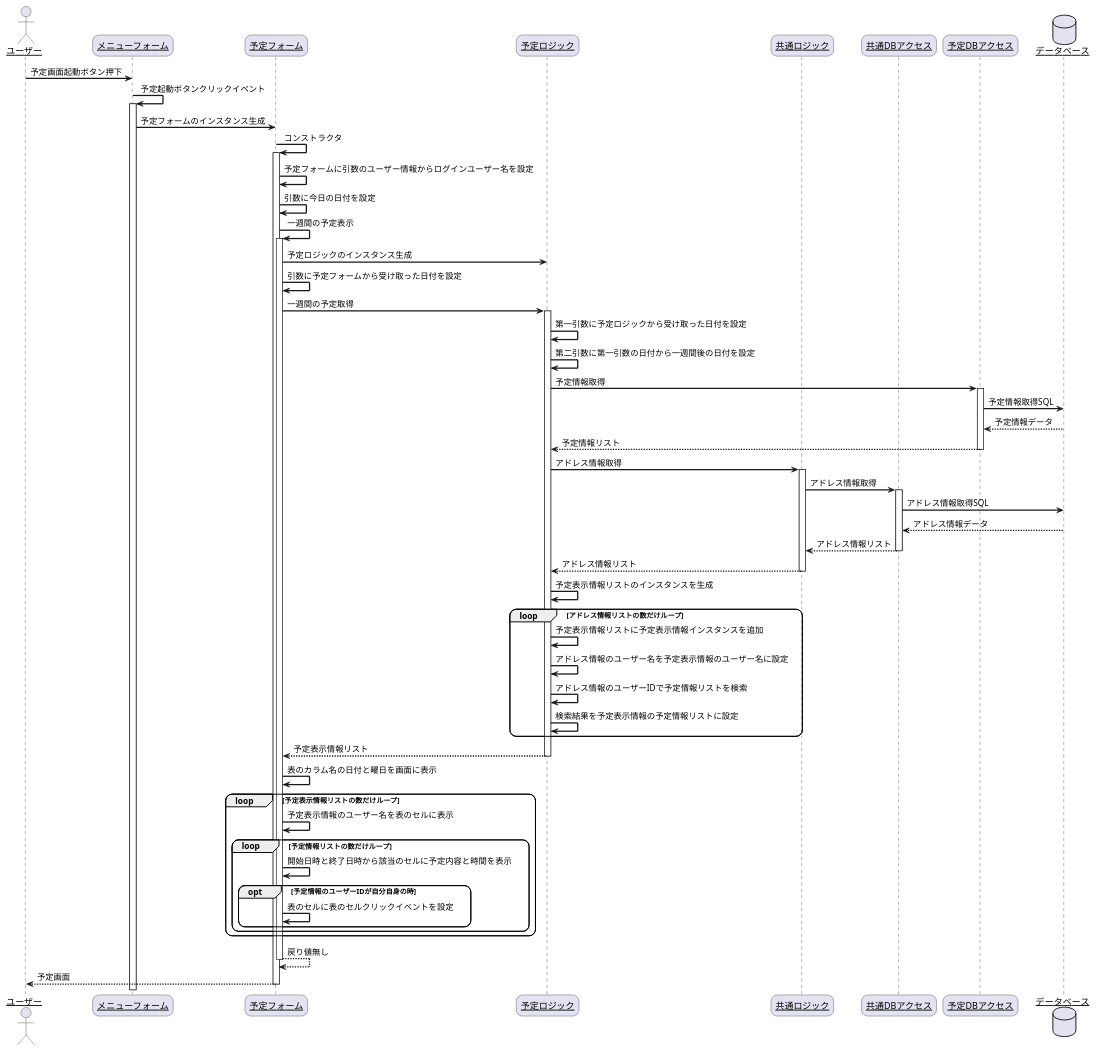
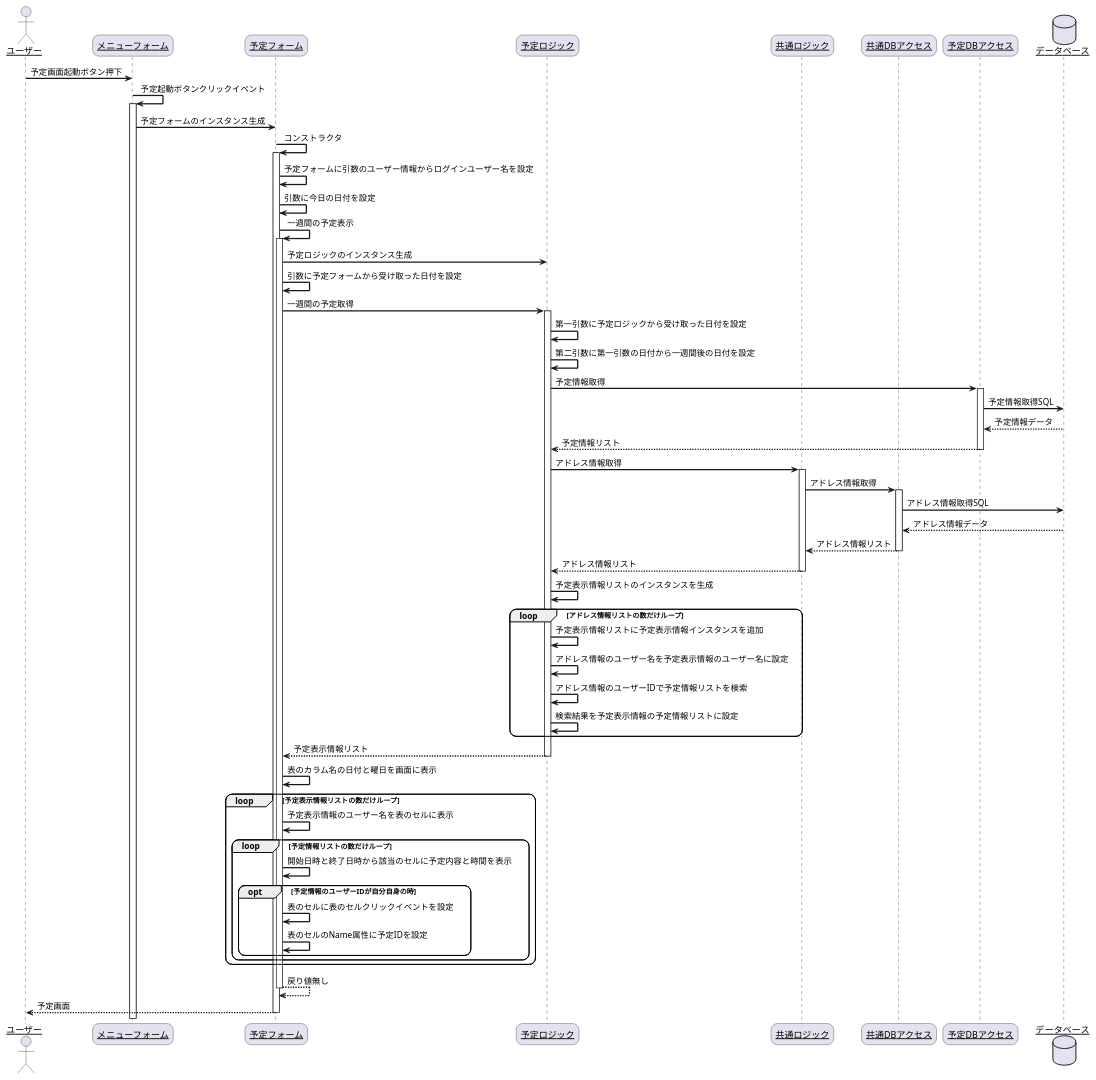
The diagram in シーケンス図/予定/予定_起動.pu (R-SAIKI/practiceUML), drawn with PlantUML before and after one commit. The commit also changed 36 other files, not shown here.

```diff
--- a/シーケンス図/予定/予定_起動.pu
+++ b/シーケンス図/予定/予定_起動.pu
@@ -1,72 +1,73 @@
 @startuml
 skinparam sequenceArrowThickness 2
 skinparam roundcorner 20
 skinparam maxmessagesize 60
 skinparam sequenceParticipant underline
 
 actor "ユーザー" as user
 participant "メニューフォーム" as menu_form
 participant "予定フォーム" as plan_form
 participant "予定ロジック" as plan_logic
 participant "共通ロジック" as common_logic
 participant "共通DBアクセス" as common_data_acces
 participant "予定DBアクセス" as plan_data_acces
 database "データベース" as db
 
 user -> menu_form: 予定画面起動ボタン押下
 menu_form -> menu_form: 予定起動ボタンクリックイベント
 activate menu_form
 menu_form -> plan_form: 予定フォームのインスタンス生成
 plan_form -> plan_form: コンストラクタ
 activate plan_form
 plan_form -> plan_form:予定フォームに引数のユーザー情報からログインユーザー名を設定
 plan_form -> plan_form:引数に今日の日付を設定
 plan_form -> plan_form:一週間の予定表示
 activate plan_form
 plan_form -> plan_logic:予定ロジックのインスタンス生成
 plan_form -> plan_form:引数に予定フォームから受け取った日付を設定
 plan_form -> plan_logic:一週間の予定取得
 activate plan_logic
 plan_logic -> plan_logic: 第一引数に予定ロジックから受け取った日付を設定
 plan_logic -> plan_logic: 第二引数に第一引数の日付から一週間後の日付を設定
 plan_logic -> plan_data_acces: 予定情報取得
 activate plan_data_acces
 plan_data_acces -> db: 予定情報取得SQL
 db --> plan_data_acces: 予定情報データ
 plan_data_acces --> plan_logic:予定情報リスト
 deactivate plan_data_acces
 plan_logic -> common_logic: アドレス情報取得
 activate common_logic
 common_logic -> common_data_acces: アドレス情報取得
 activate common_data_acces
 common_data_acces -> db: アドレス情報取得SQL
 db --> common_data_acces: アドレス情報データ
 common_data_acces --> common_logic: アドレス情報リスト
 deactivate common_data_acces
 common_logic --> plan_logic: アドレス情報リスト
 deactivate common_logic
 plan_logic -> plan_logic: 予定表示情報リストのインスタンスを生成
 loop アドレス情報リストの数だけループ
     plan_logic -> plan_logic: 予定表示情報リストに予定表示情報インスタンスを追加
     plan_logic -> plan_logic: アドレス情報のユーザー名を予定表示情報のユーザー名に設定
     plan_logic -> plan_logic: アドレス情報のユーザーIDで予定情報リストを検索
     plan_logic -> plan_logic: 検索結果を予定表示情報の予定情報リストに設定
 end
 plan_logic --> plan_form: 予定表示情報リスト
 deactivate plan_logic
 plan_form -> plan_form:表のカラム名の日付と曜日を画面に表示
 loop 予定表示情報リストの数だけループ
     plan_form -> plan_form: 予定表示情報のユーザー名を表のセルに表示
     loop 予定情報リストの数だけループ
         plan_form -> plan_form: 開始日時と終了日時から該当のセルに予定内容と時間を表示
         opt 予定情報のユーザーIDが自分自身の時
             plan_form -> plan_form: 表のセルに表のセルクリックイベントを設定
+            plan_form -> plan_form: 表のセルのName属性に予定IDを設定
         end
     end
 end
 plan_form --> plan_form: 戻り値無し
 deactivate plan_form
 plan_form --> user: 予定画面
 deactivate plan_form
 
 @enduml
```
